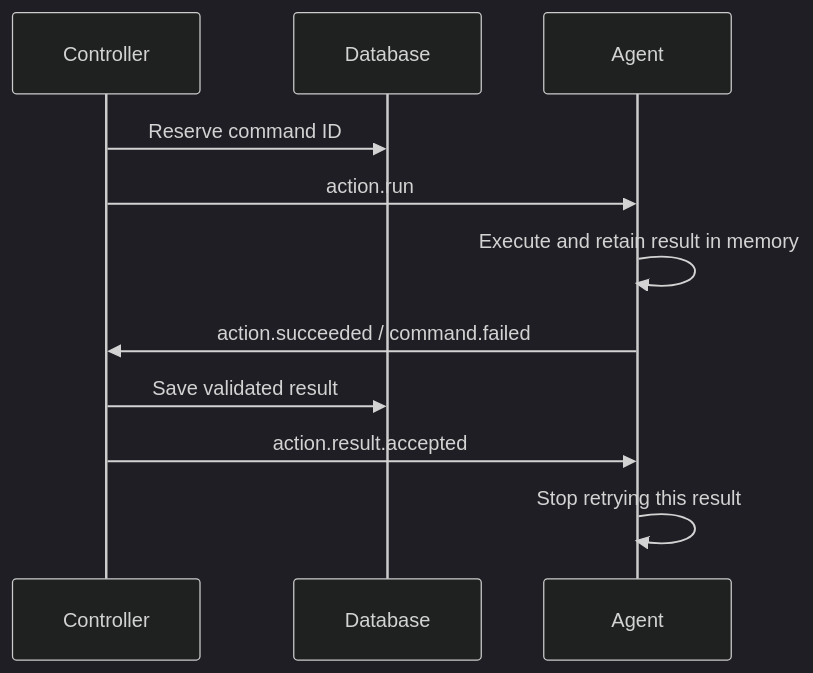
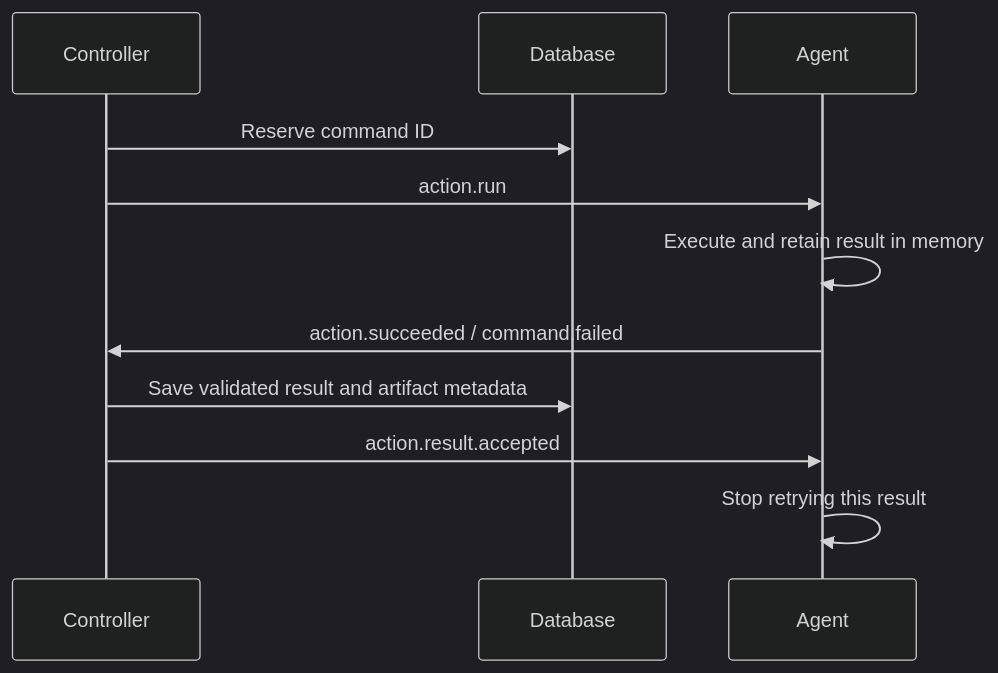
One commit to defos-ai/commander changed the diagram in framework/comms/messages/README.md. Above: the diagram before and after it, drawn with Mermaid (dark theme). The commit also changed other lines of this file and 64 other files, not shown here.

````diff
--- a/framework/comms/messages/README.md
+++ b/framework/comms/messages/README.md
@@ -92,13 +92,13 @@
 ```mermaid
 sequenceDiagram
     participant C as Controller
     participant D as Database
     participant A as Agent
     C->>D: Reserve command ID
     C->>A: action.run
     A->>A: Execute and retain result in memory
     A->>C: action.succeeded / command.failed
-    C->>D: Save validated result
+    C->>D: Save validated result and artifact metadata
     C->>A: action.result.accepted
     A->>A: Stop retrying this result
 ```
````
